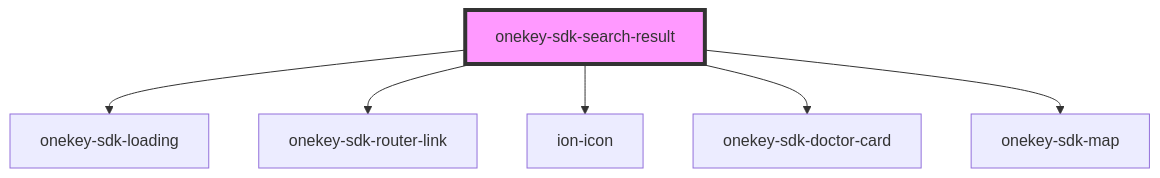
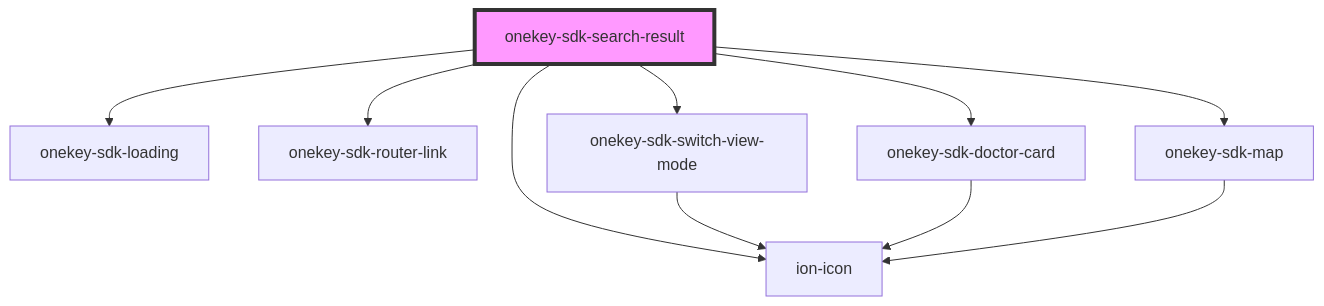
One commit to hcl-sdk/HealthCareLocatorWebSDK changed the diagram in packages/onekey-sdk-core-ui/docs/components/screens/onekey-sdk-search-result/readme.md. Above: the diagram before and after it, drawn with Mermaid. The commit also changed other lines of this file and 36 other files, not shown here.

````diff
--- a/packages/onekey-sdk-core-ui/docs/components/screens/onekey-sdk-search-result/readme.md
+++ b/packages/onekey-sdk-core-ui/docs/components/screens/onekey-sdk-search-result/readme.md
@@ -19,9 +20,13 @@
 ```mermaid
 graph TD;
   onekey-sdk-search-result --> onekey-sdk-loading
   onekey-sdk-search-result --> onekey-sdk-router-link
   onekey-sdk-search-result --> ion-icon
+  onekey-sdk-search-result --> onekey-sdk-switch-view-mode
   onekey-sdk-search-result --> onekey-sdk-doctor-card
   onekey-sdk-search-result --> onekey-sdk-map
+  onekey-sdk-switch-view-mode --> ion-icon
+  onekey-sdk-doctor-card --> ion-icon
+  onekey-sdk-map --> ion-icon
   style onekey-sdk-search-result fill:#f9f,stroke:#333,stroke-width:4px
 ```
````
